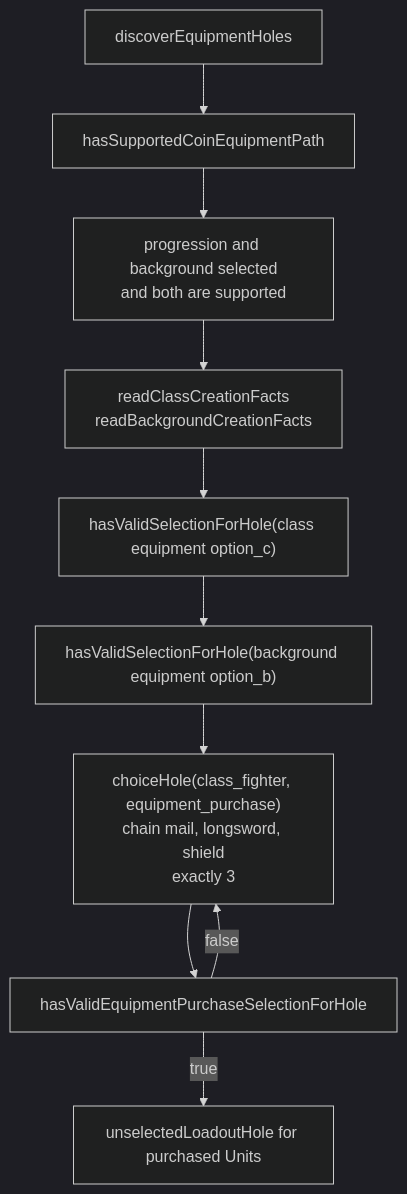
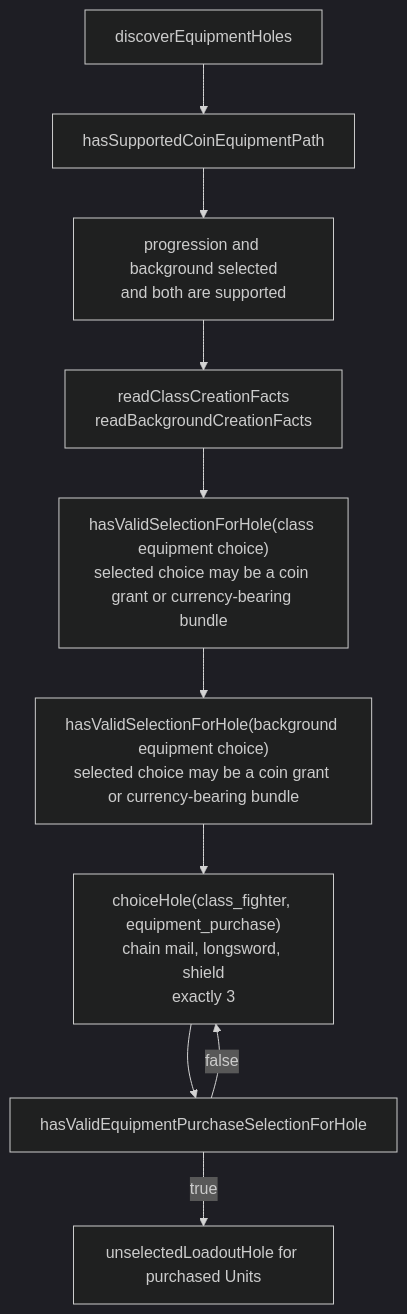
The seventh of 10 diagrams in packages/character-creation-runtime/EXPLANATORY_TIME_DIAGRAM.md (dearlordylord/5e-quint), drawn with Mermaid (dark theme) before and after one commit. The commit also changed other lines of this file and 9 other files, not shown here.

````diff
--- a/packages/character-creation-runtime/EXPLANATORY_TIME_DIAGRAM.md
+++ b/packages/character-creation-runtime/EXPLANATORY_TIME_DIAGRAM.md
@@ -409,18 +415,18 @@
 ```mermaid
 flowchart TD
   Equipment["discoverEquipmentHoles"]
   Gate["hasSupportedCoinEquipmentPath"]
   ClassBg["progression and background selected<br/>and both are supported"]
   Read["readClassCreationFacts<br/>readBackgroundCreationFacts"]
-  ClassChoice["hasValidSelectionForHole(class equipment option_c)"]
-  BgChoice["hasValidSelectionForHole(background equipment option_b)"]
+  ClassChoice["hasValidSelectionForHole(class equipment choice)<br/>selected choice may be a coin grant or currency-bearing bundle"]
+  BgChoice["hasValidSelectionForHole(background equipment choice)<br/>selected choice may be a coin grant or currency-bearing bundle"]
   Purchase["choiceHole(class_fighter, equipment_purchase)<br/>chain mail, longsword, shield<br/>exactly 3"]
   ValidPurchase["hasValidEquipmentPurchaseSelectionForHole"]
   Loadout["unselectedLoadoutHole for purchased Units"]
 
   Equipment --> Gate --> ClassBg --> Read --> ClassChoice --> BgChoice
   BgChoice --> Purchase
   Purchase --> ValidPurchase
   ValidPurchase -->|false| Purchase
   ValidPurchase -->|true| Loadout
 ```
````
